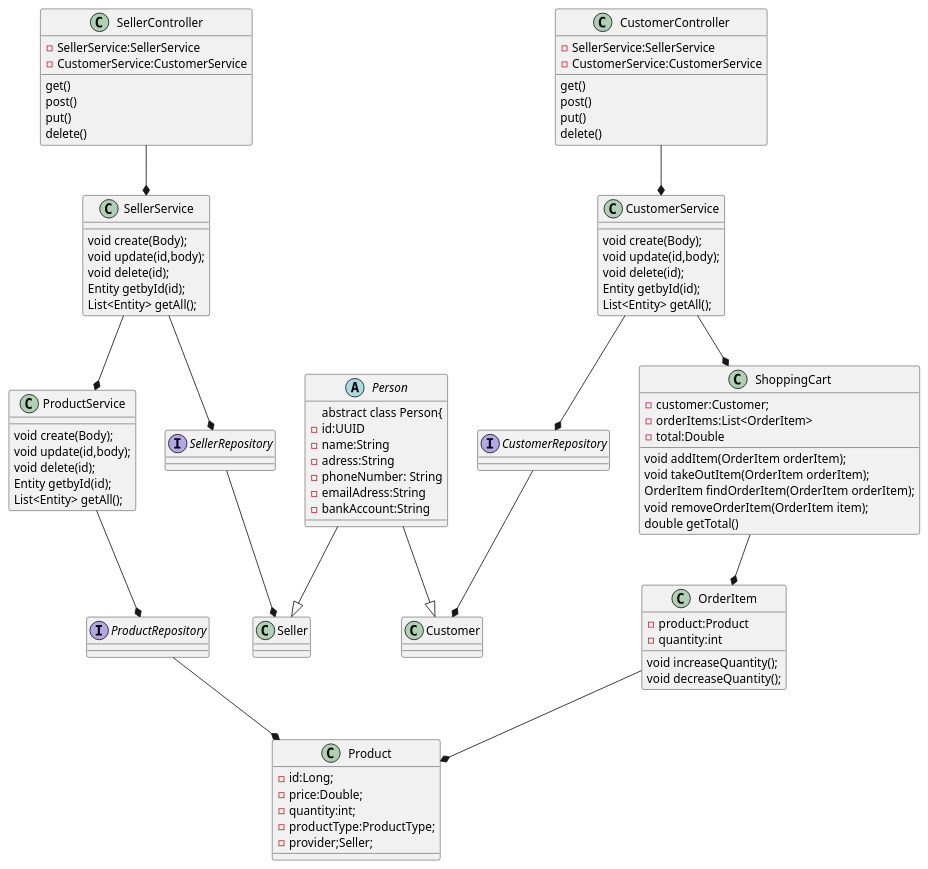
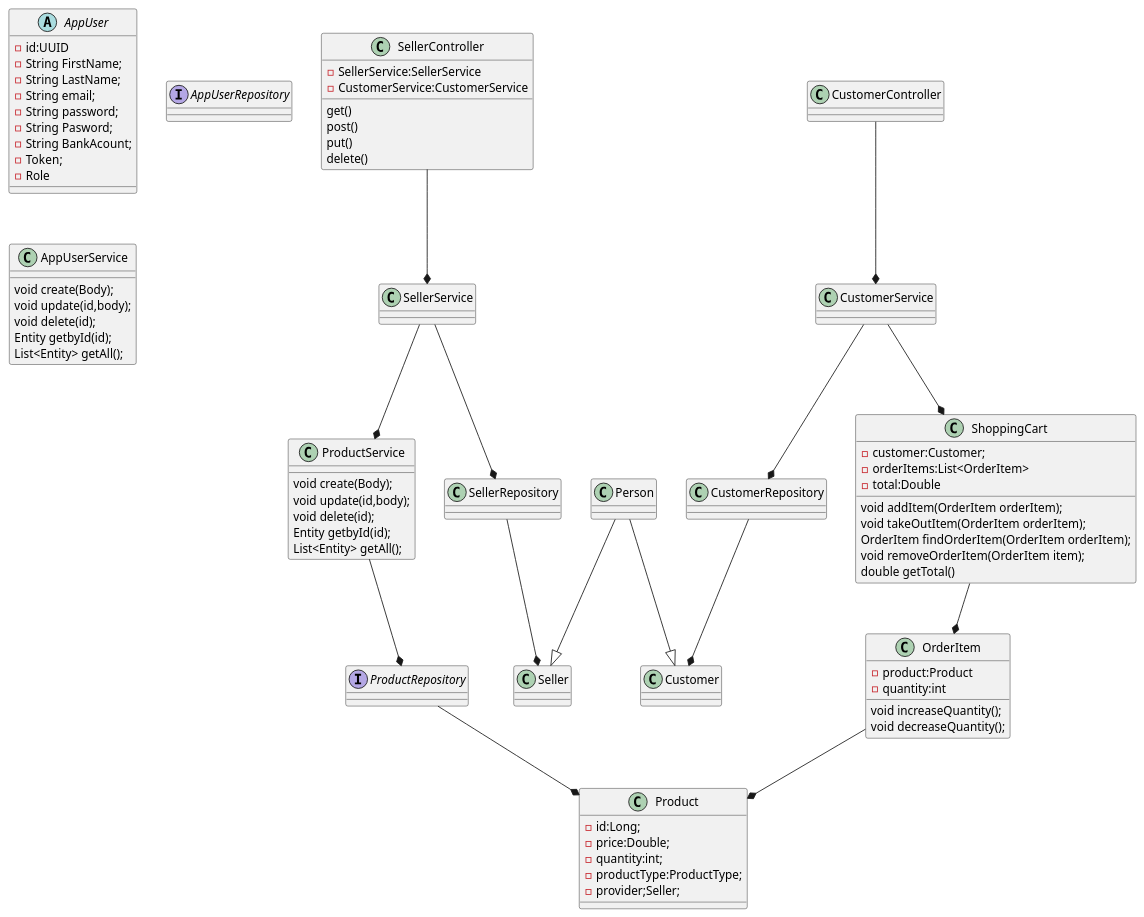
The diagram in backend/src/main/java/aprozarUML.puml (Takerazvan/AprozarOnline), drawn with PlantUML before and after one commit. The commit also changed 34 other files, not shown here.

```diff
--- a/backend/src/main/java/aprozarUML.puml
+++ b/backend/src/main/java/aprozarUML.puml
@@ -1,102 +1,86 @@
 @startuml
-abstract class Person{
-abstract class Person{
+abstract class AppUser{
 -id:UUID
--name:String
--adress:String
--phoneNumber: String
--emailAdress:String
--bankAccount:String
+-String FirstName;
+-String LastName;
+-String email;
+-String password;
+-String Pasword;
+-String BankAcount;
+-Token;
+-Role
 }
 
 class Product{
 -id:Long;
 -price:Double;
 -quantity:int;
 -productType:ProductType;
 -provider;Seller;
 }
 
-class Customer{}
-class Seller{}
 
 class OrderItem{
 -product:Product
 -quantity:int
 
 void increaseQuantity();
 void decreaseQuantity();
 }
 
 class ShoppingCart{
 -customer:Customer;
 -orderItems:List<OrderItem>
 -total:Double
 
 void addItem(OrderItem orderItem);
 void takeOutItem(OrderItem orderItem);
 OrderItem findOrderItem(OrderItem orderItem);
 void removeOrderItem(OrderItem item);
 double getTotal()
 }
-interface CustomerRepository{}
-interface SellerRepository{}
+interface AppUserRepository{}
 interface ProductRepository{}
 
-class CustomerService{
+class AppUserService{
 void create(Body);
 void update(id,body);
 void delete(id);
 Entity getbyId(id);
 List<Entity> getAll();
 }
-class SellerService{
-void create(Body);
-void update(id,body);
-void delete(id);
-Entity getbyId(id);
-List<Entity> getAll();
-}
+
 class ProductService{
 void create(Body);
 void update(id,body);
 void delete(id);
 Entity getbyId(id);
 List<Entity> getAll();
 }
 
-class CustomerController{
--SellerService:SellerService
--CustomerService:CustomerService
-
-get()
-post()
-put()
-delete()
-}
 
 class SellerController{
 -SellerService:SellerService
 -CustomerService:CustomerService
 
 get()
 post()
 put()
 delete()
 }
 
 Person--|>Customer
 Person--|>Seller
 SellerService--*SellerRepository
 SellerRepository--*Seller
 CustomerService--*CustomerRepository
 CustomerRepository--*Customer
 ProductService--*ProductRepository
 ProductRepository--*Product
 OrderItem--*Product
 ShoppingCart--*OrderItem
 CustomerService--*ShoppingCart
 SellerService--*ProductService
 SellerController--*SellerService
 CustomerController--*CustomerService
 @enduml
```
